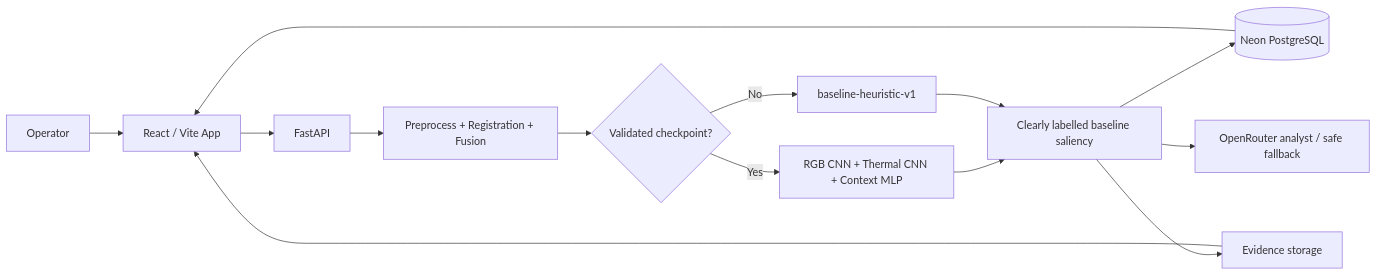
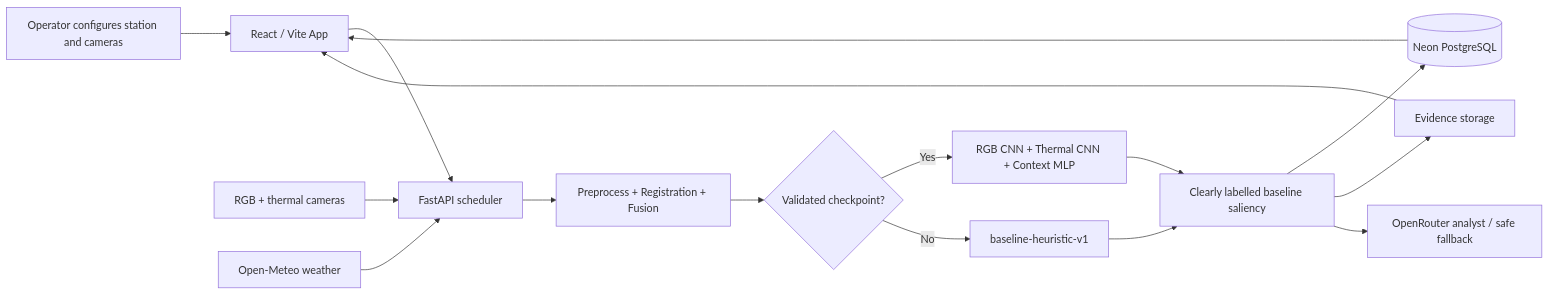
Before and after one commit to PraneethPW/EVOTHERMGAURD: the diagram in README.md, drawn with Mermaid. The commit also changed other lines of this file and 16 other files, not shown here.

````diff
--- a/README.md
+++ b/README.md
@@ -27,16 +28,18 @@
 ```mermaid
 flowchart LR
-  O[Operator] --> R[React / Vite App]
-  R --> F[FastAPI]
+  O[Operator configures station and cameras] --> R[React / Vite App]
+  R --> F[FastAPI scheduler]
+  X[RGB + thermal cameras] --> F
+  W[Open-Meteo weather] --> F
   F --> P[Preprocess + Registration + Fusion]
   P --> M{Validated checkpoint?}
   M -->|Yes| C[RGB CNN + Thermal CNN + Context MLP]
   M -->|No| B[baseline-heuristic-v1]
   C --> G[True Grad-CAM + localized region]
   B --> G[Clearly labelled baseline saliency]
   G --> D[(Neon PostgreSQL)]
   G --> S[Evidence storage]
   G --> A[OpenRouter analyst / safe fallback]
   D --> R
   S --> R
 ```
````
